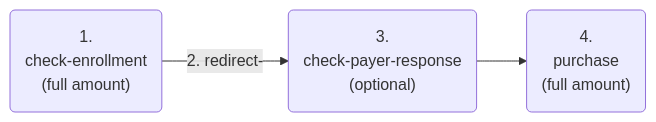
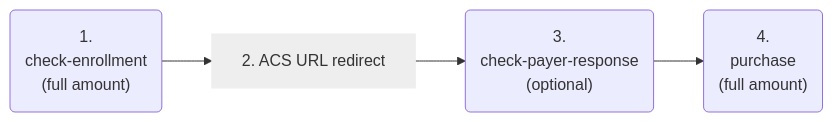
The first of 17 diagrams in 11-01-09-three-d-secure-two-payment-flows.adoc (wirecard/merchant-documentation-gateway), drawn with Mermaid before and after one commit. The commit also changed other lines of this file, not shown here.

Commit message:
Update payment flow graphics

```diff
--- a/11-01-09-three-d-secure-two-payment-flows.adoc
+++ b/11-01-09-three-d-secure-two-payment-flows.adoc
@@ -23,6 +23,9 @@
 [mermaid,API_CC_3DS2_PaymentFlows_OneTimePaymentTransaction_OneStep,svg,width=60]
 ----
 graph LR
-A("<center>1.<br>check-enrollment<br>(full amount)</center>")-->|2. redirect-| B("<center>3.<br>check-payer-response<br>(optional)</center>")
-B-->C("<center>4.<br>purchase<br>(full amount)</center>")
+A("<center>1.<br>check-enrollment<br>(full amount)</center>")-->B
+B["<center>2. ACS URL redirect</center>"]-->C
+C("<center>3.<br>check-payer-response<br>(optional)</center>")-->D
+D("<center>4.<br>purchase<br>(full amount)</center>")
+style B fill:#eee, stroke:#eee
 ----
```
